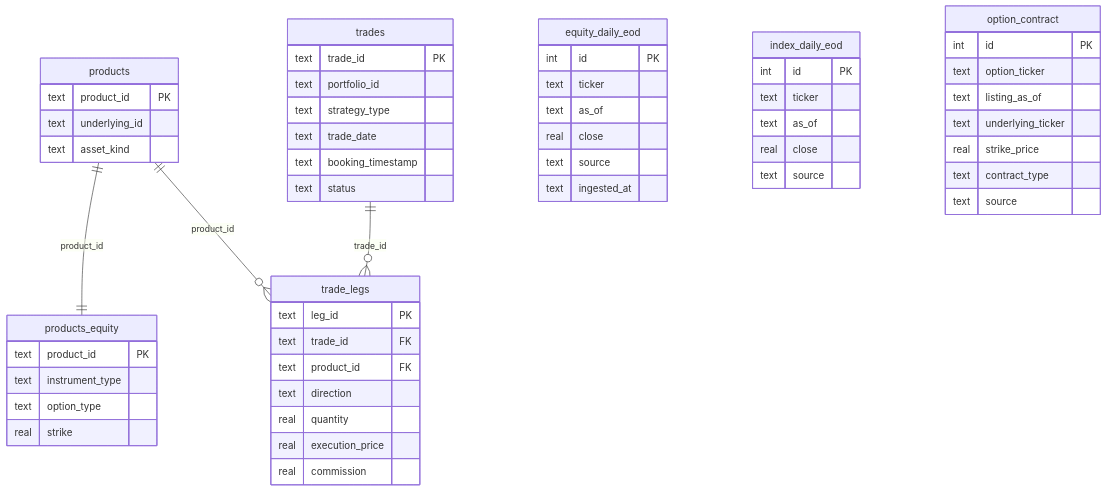
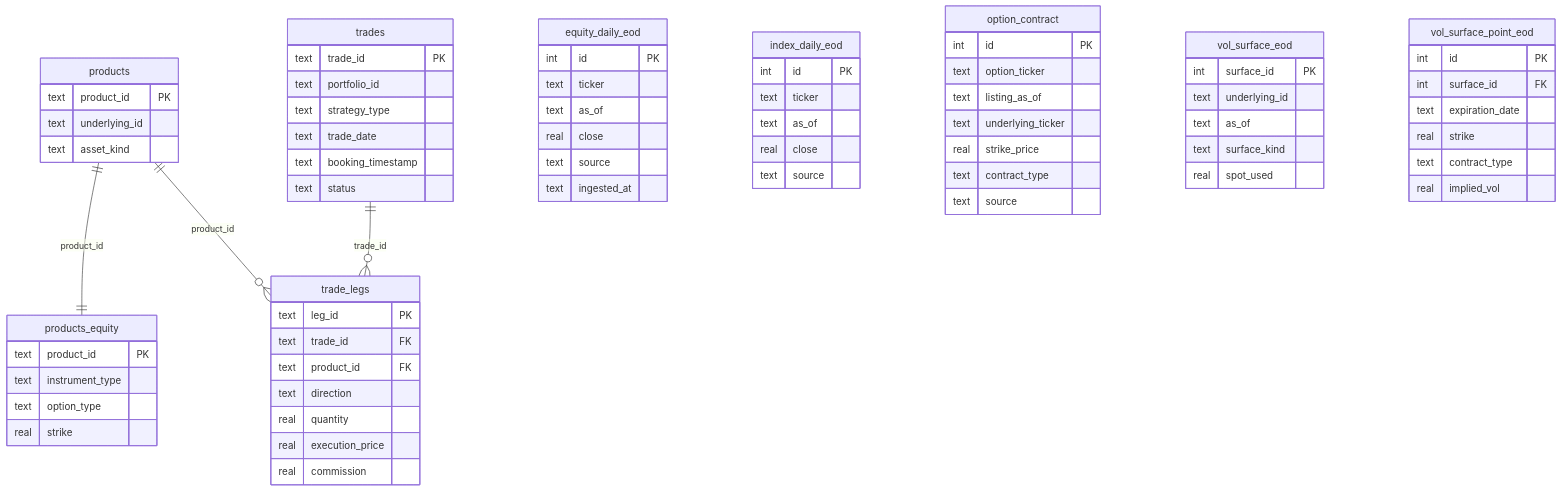
Before and after one commit to krzysiekbienias/numeraire: the eighth of 12 diagrams in docs/architecture.md, drawn with Mermaid. The commit also changed other lines of this file and 5 other files, not shown here.

````diff
--- a/docs/architecture.md
+++ b/docs/architecture.md
@@ -349,65 +350,82 @@
 ```mermaid
 erDiagram
     products ||--|| products_equity : product_id
     trades ||--o{ trade_legs : trade_id
     products ||--o{ trade_legs : product_id
 
     equity_daily_eod {
         int id PK
         text ticker
         text as_of
         real close
         text source
         text ingested_at
     }
 
     index_daily_eod {
         int id PK
         text ticker
         text as_of
         real close
         text source
     }
 
     option_contract {
         int id PK
         text option_ticker
         text listing_as_of
         text underlying_ticker
         real strike_price
         text contract_type
         text source
+    }
+
+    vol_surface_eod {
+        int surface_id PK
+        text underlying_id
+        text as_of
+        text surface_kind
+        real spot_used
+    }
+
+    vol_surface_point_eod {
+        int id PK
+        int surface_id FK
+        text expiration_date
+        real strike
+        text contract_type
+        real implied_vol
     }
 
     products {
         text product_id PK
         text underlying_id
         text asset_kind
     }
 
     products_equity {
         text product_id PK
         text instrument_type
         text option_type
         real strike
     }
 
     trades {
         text trade_id PK
         text portfolio_id
         text strategy_type
         text trade_date
         text booking_timestamp
         text status
     }
 
     trade_legs {
         text leg_id PK
         text trade_id FK
         text product_id FK
         text direction
         real quantity
         real execution_price
         real commission
     }
 ```
````
